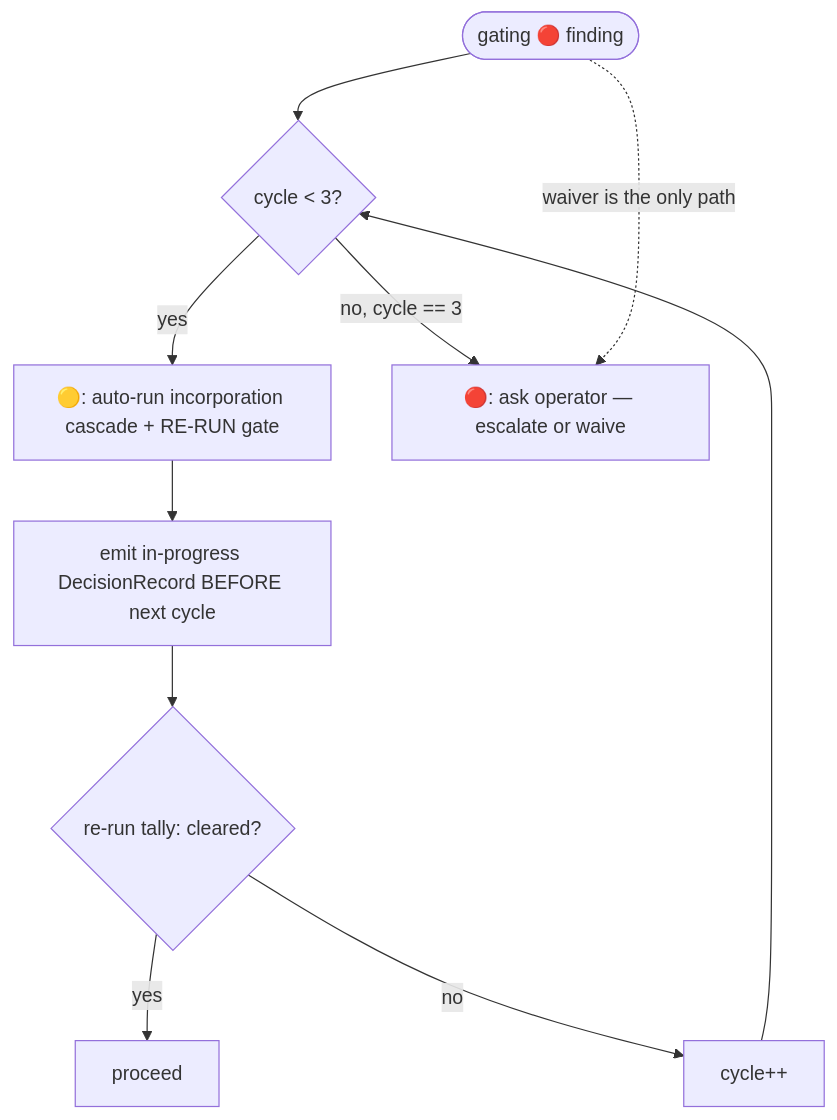
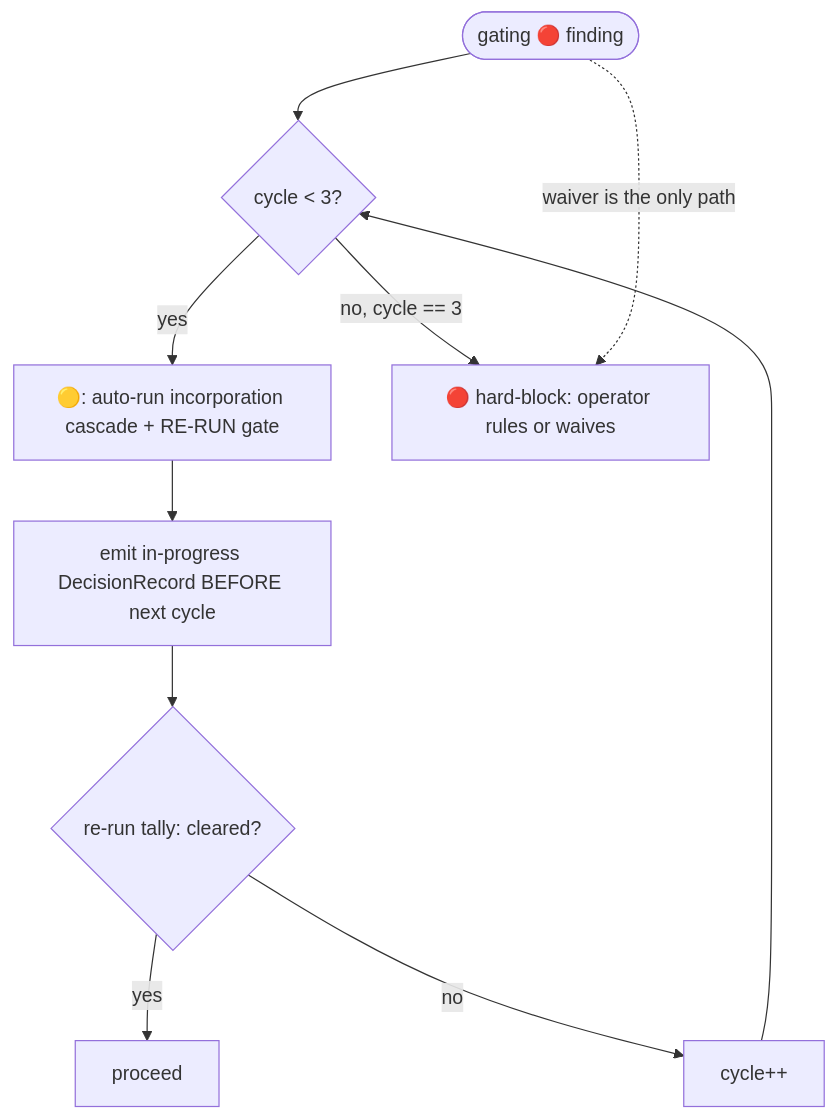
Before and after one commit to zaytsevand/chorus: the second of 2 diagrams in skill/chorus-core/DECISION-PRIMITIVE.md, drawn with Mermaid. The commit also changed other lines of this file and 6 other files, not shown here.

````diff
--- a/skill/chorus-core/DECISION-PRIMITIVE.md
+++ b/skill/chorus-core/DECISION-PRIMITIVE.md
@@ -136,12 +137,12 @@
 ```mermaid
 flowchart TD
     f([gating 🔴 finding]) --> c{cycle < 3?}
     c -->|yes| inc[🟡: auto-run incorporation cascade + RE-RUN gate]
     inc --> rec[emit in-progress DecisionRecord BEFORE next cycle]
     rec --> v{re-run tally: cleared?}
     v -->|yes| done[proceed]
     v -->|no| cyc[cycle++]
     cyc --> c
-    c -->|no, cycle == 3| ask[🔴: ask operator — escalate or waive]
+    c -->|no, cycle == 3| ask[🔴 hard-block: operator rules or waives]
     f -.->|waiver is the only path| ask
 ```
````
